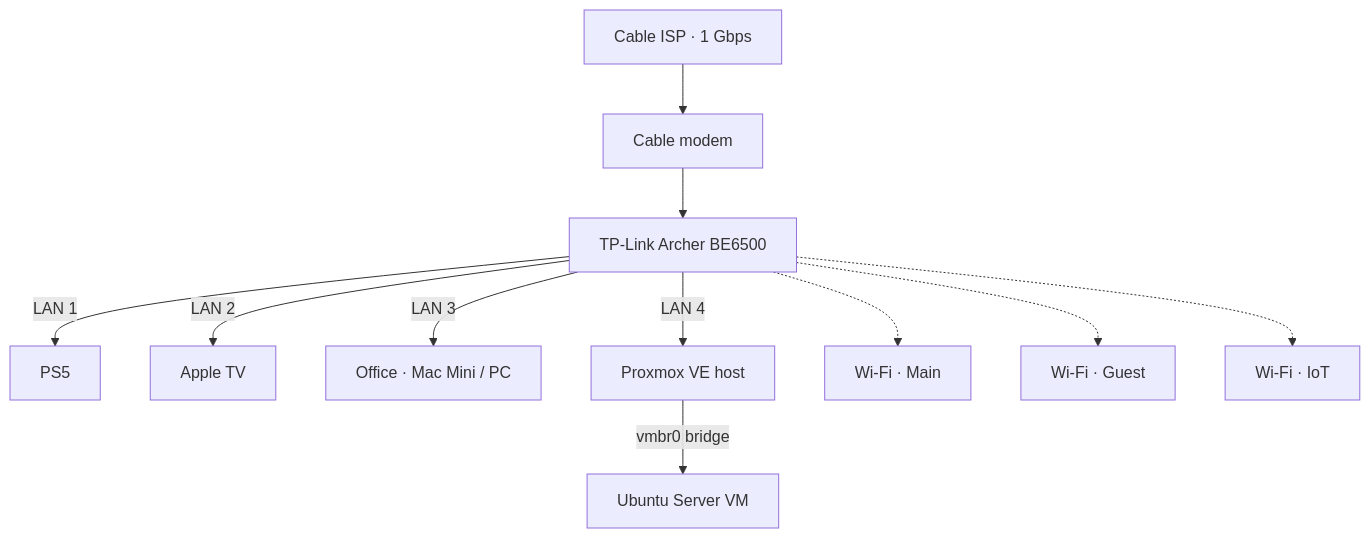
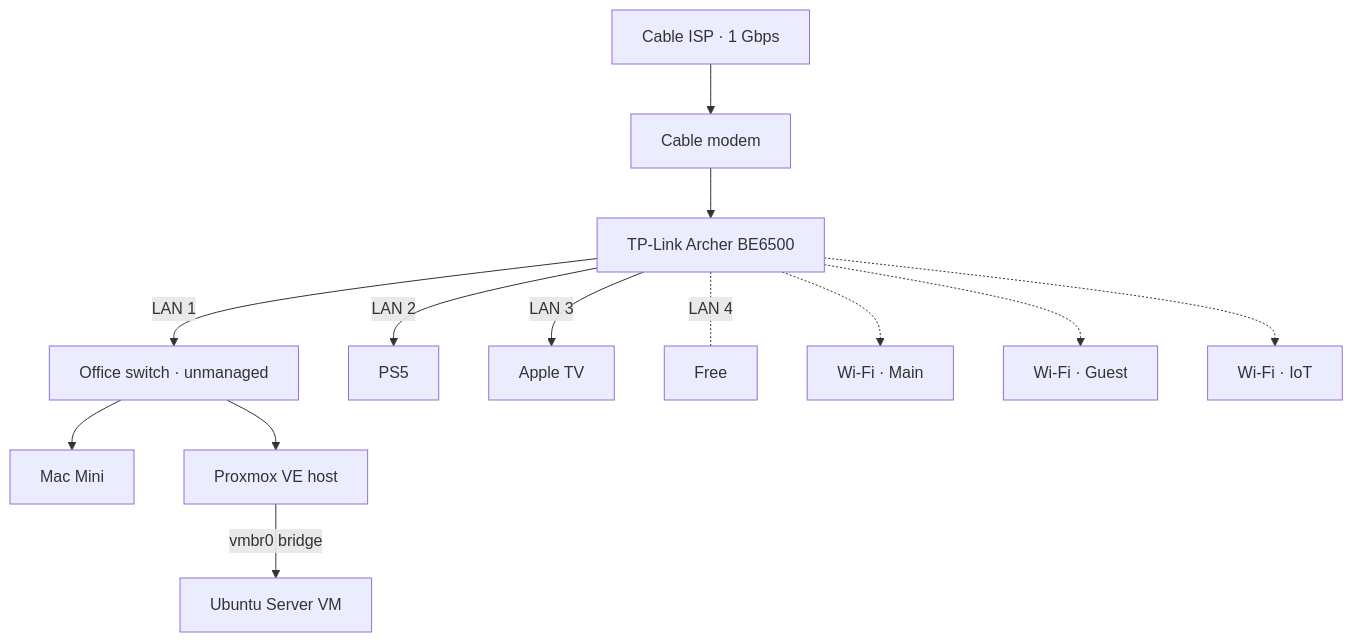
The diagram in docs/network.md (felipe-quijano/homelab), drawn with Mermaid before and after one commit. The commit also changed other lines of this file and 4 other files, not shown here.

````diff
--- a/docs/network.md
+++ b/docs/network.md
@@ -5,13 +5,15 @@
 ```mermaid
 flowchart TD
     ISP[Cable ISP · 1 Gbps] --> Modem[Cable modem]
     Modem --> Router[TP-Link Archer BE6500]
-    Router -->|LAN 1| PS5[PS5]
-    Router -->|LAN 2| ATV[Apple TV]
-    Router -->|LAN 3| Office[Office · Mac Mini / PC]
-    Router -->|LAN 4| PVE[Proxmox VE host]
+    Router -->|LAN 1| Switch[Office switch · unmanaged]
+    Router -->|LAN 2| PS5[PS5]
+    Router -->|LAN 3| ATV[Apple TV]
+    Router -.-|LAN 4| Free[Free]
+    Switch --> Mac[Mac Mini]
+    Switch --> PVE[Proxmox VE host]
     PVE -->|vmbr0 bridge| VM[Ubuntu Server VM]
     Router -.-> Main[Wi-Fi · Main]
     Router -.-> Guest[Wi-Fi · Guest]
     Router -.-> IoT[Wi-Fi · IoT]
 ```
````
